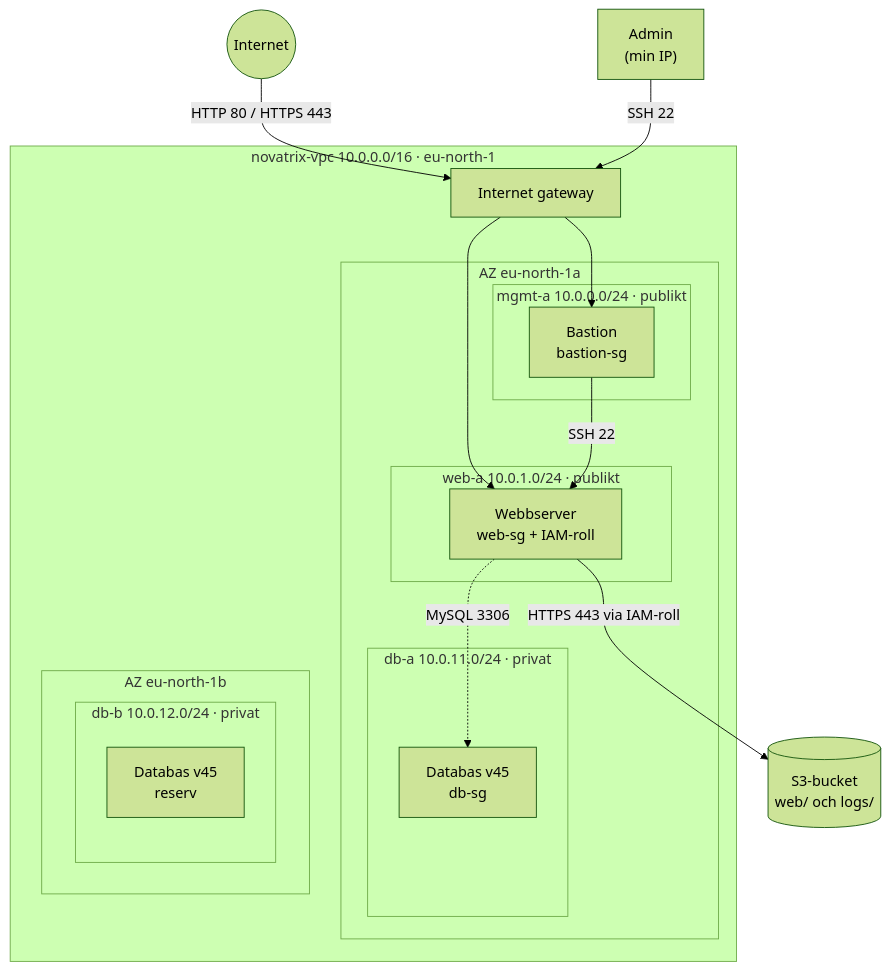
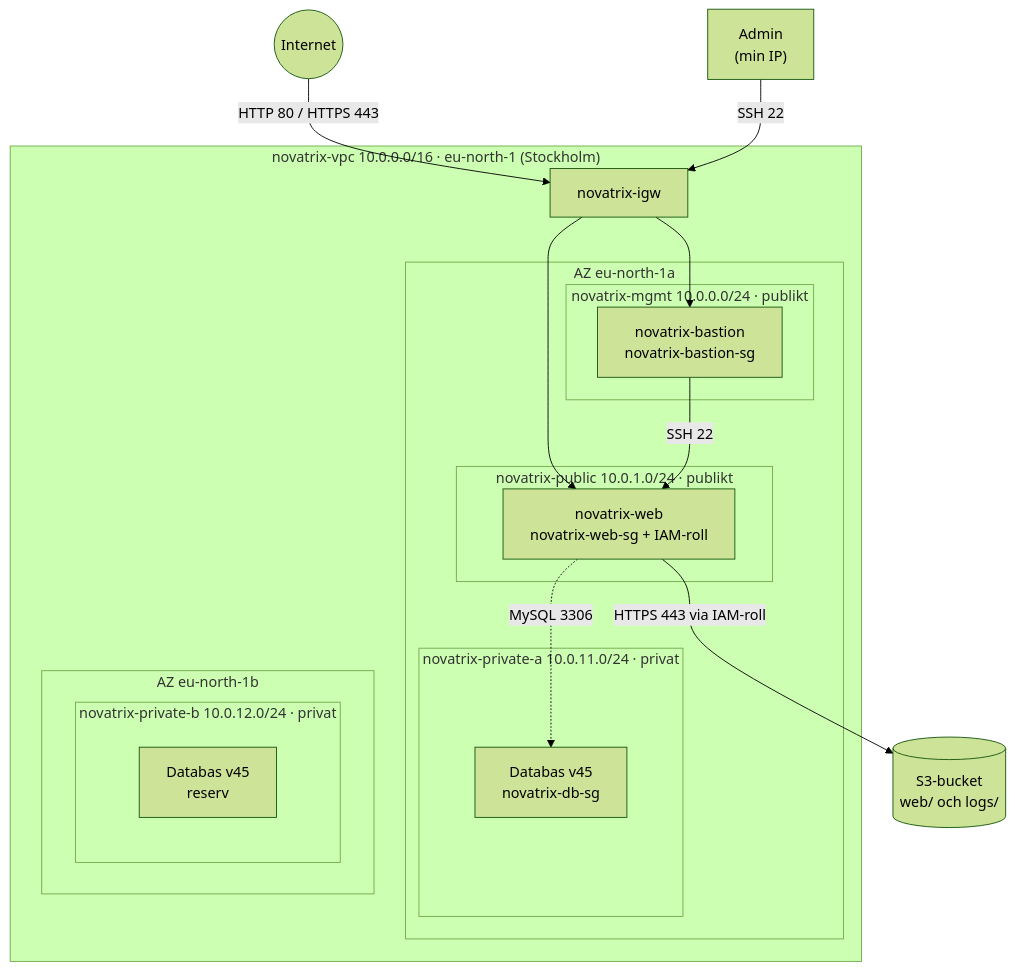
Before and after one commit to 02albper-frog/AWS-mov25: the diagram in V44/README.md, drawn with Mermaid (forest theme). The commit also changed other lines of this file and 28 other files, not shown here.

````diff
--- a/V44/README.md
+++ b/V44/README.md
@@ -16,36 +18,36 @@
 ```mermaid
 flowchart TB
     internet((Internet))
     admin["Admin<br/>(min IP)"]
     s3[("S3-bucket<br/>web/ och logs/")]
 
-    subgraph vpc["novatrix-vpc 10.0.0.0/16 · eu-north-1"]
-        igw["Internet gateway"]
+    subgraph vpc["novatrix-vpc 10.0.0.0/16 · eu-north-1 (Stockholm)"]
+        igw["novatrix-igw"]
 
         subgraph aza["AZ eu-north-1a"]
-            subgraph mgmt["mgmt-a 10.0.0.0/24 · publikt"]
-                bastion["Bastion<br/>bastion-sg"]
+            subgraph mgmt["novatrix-mgmt 10.0.0.0/24 · publikt"]
+                bastion["novatrix-bastion<br/>novatrix-bastion-sg"]
             end
-            subgraph weba["web-a 10.0.1.0/24 · publikt"]
-                web["Webbserver<br/>web-sg + IAM-roll"]
+            subgraph pub["novatrix-public 10.0.1.0/24 · publikt"]
+                web["novatrix-web<br/>novatrix-web-sg + IAM-roll"]
             end
-            subgraph dba["db-a 10.0.11.0/24 · privat"]
-                dbslot1["Databas v45<br/>db-sg"]
+            subgraph pria["novatrix-private-a 10.0.11.0/24 · privat"]
+                db1["Databas v45<br/>novatrix-db-sg"]
             end
         end
 
         subgraph azb["AZ eu-north-1b"]
-            subgraph dbb["db-b 10.0.12.0/24 · privat"]
-                dbslot2["Databas v45<br/>reserv"]
+            subgraph prib["novatrix-private-b 10.0.12.0/24 · privat"]
+                db2["Databas v45<br/>reserv"]
             end
         end
     end
 
     internet -- "HTTP 80 / HTTPS 443" --> igw
     admin -- "SSH 22" --> igw
     igw --> web
     igw --> bastion
     bastion -- "SSH 22" --> web
-    web -. "MySQL 3306" .-> dbslot1
+    web -. "MySQL 3306" .-> db1
     web -- "HTTPS 443 via IAM-roll" --> s3
 ```
````
